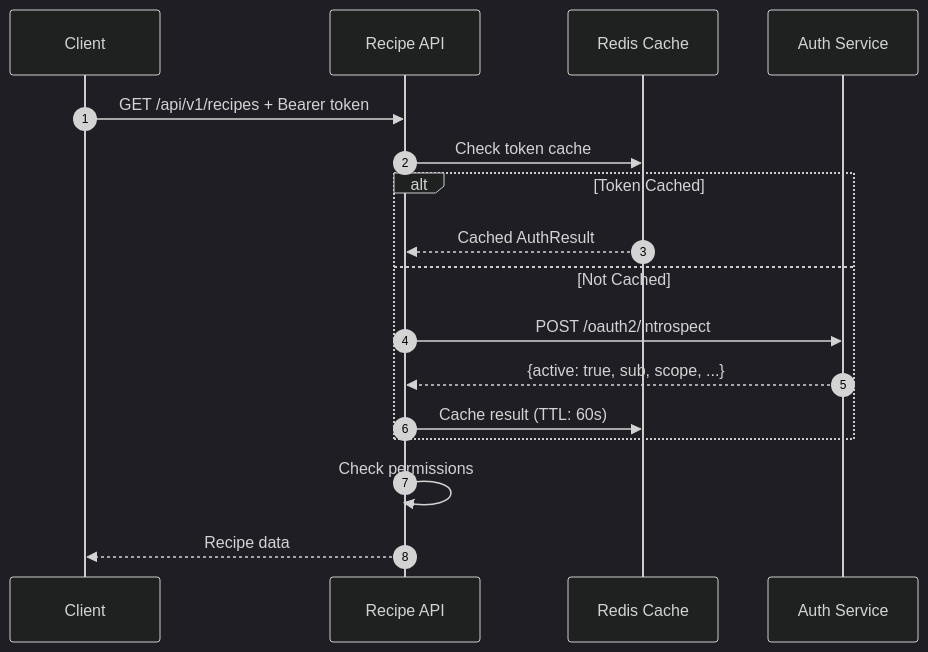
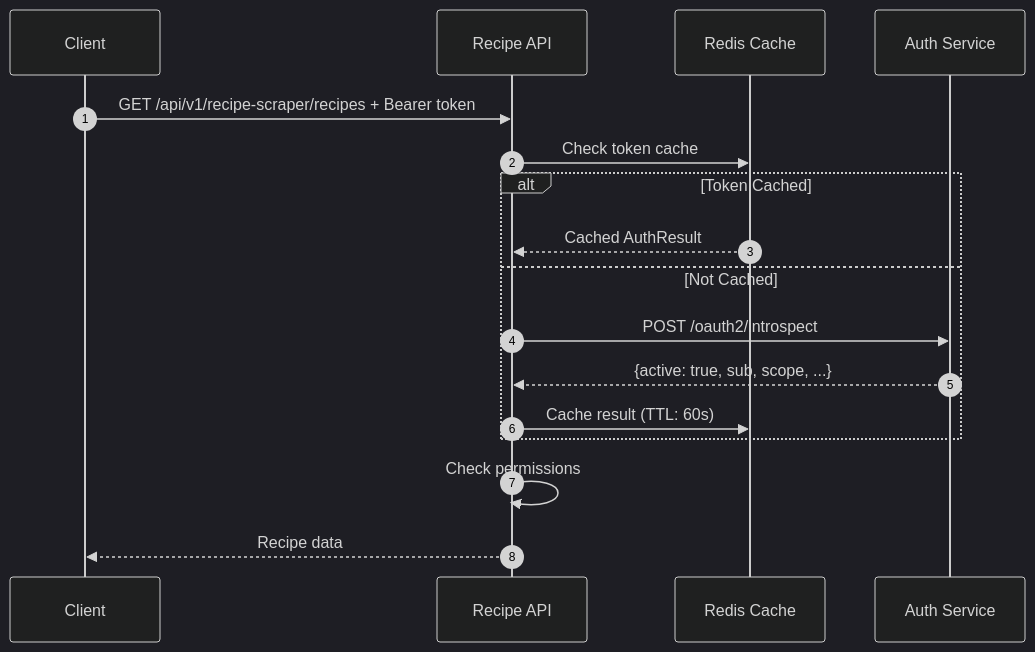
One commit to Recipe-Web-App/recipe-scraper-service changed the fourth of 14 diagrams in docs/architecture.md. Above: the diagram before and after it, drawn with Mermaid (dark theme). The commit also changed other lines of this file and 23 other files, not shown here.

````diff
--- a/docs/architecture.md
+++ b/docs/architecture.md
@@ -110,22 +110,22 @@
 ```mermaid
 sequenceDiagram
     autonumber
     participant C as Client
     participant API as Recipe API
     participant Cache as Redis Cache
     participant Auth as Auth Service
 
-    C->>API: GET /api/v1/recipes + Bearer token
+    C->>API: GET /api/v1/recipe-scraper/recipes + Bearer token
     API->>Cache: Check token cache
 
     alt Token Cached
         Cache-->>API: Cached AuthResult
     else Not Cached
         API->>Auth: POST /oauth2/introspect
         Auth-->>API: {active: true, sub, scope, ...}
         API->>Cache: Cache result (TTL: 60s)
     end
 
     API->>API: Check permissions
     API-->>C: Recipe data
 ```
````
